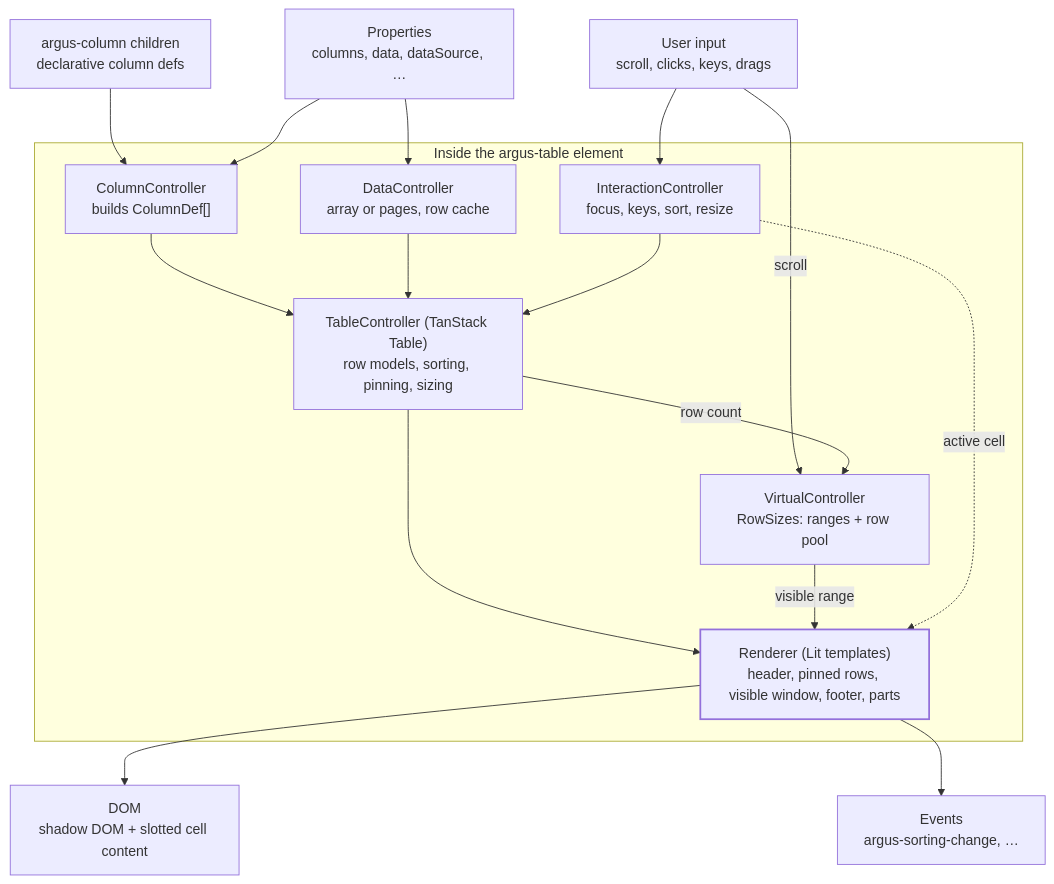
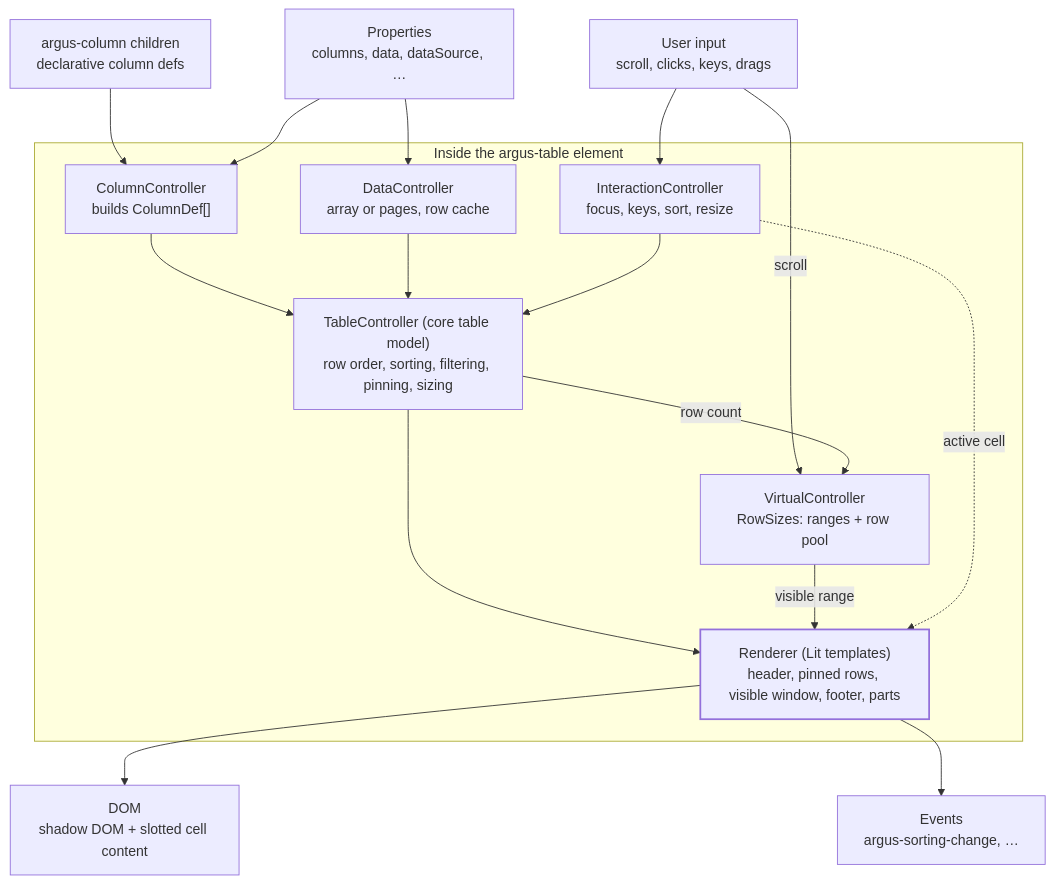
Before and after one commit to Joessst-Dev/argus-table: the diagram in docs/plan/code-architecture/01-module-map.md, drawn with Mermaid. The commit also changed other lines of this file and 34 other files, not shown here.

First line of the commit message:
perf: own row model, without TanStack Table (ADR 0010) (#179)

````diff
--- a/docs/plan/code-architecture/01-module-map.md
+++ b/docs/plan/code-architecture/01-module-map.md
@@ -11,36 +11,36 @@
 ```mermaid
 flowchart TD
     children["argus-column children<br/>declarative column defs"]
     props["Properties<br/>columns, data, dataSource, …"]
     user["User input<br/>scroll, clicks, keys, drags"]
 
     subgraph element["Inside the argus-table element"]
         col["ColumnController<br/>builds ColumnDef[]"]
         data["DataController<br/>array or pages, row cache"]
         inter["InteractionController<br/>focus, keys, sort, resize"]
-        table["TableController (TanStack Table)<br/>row models, sorting, pinning, sizing"]
+        table["TableController (core table model)<br/>row order, sorting, filtering, pinning, sizing"]
         virt["VirtualController<br/>RowSizes: ranges + row pool"]
         render["Renderer (Lit templates)<br/>header, pinned rows, visible window, footer, parts"]
     end
 
     dom["DOM<br/>shadow DOM + slotted cell content"]
     events["Events<br/>argus-sorting-change, …"]
 
     children --> col
     props --> col
     props --> data
     user --> inter
     user -- scroll --> virt
     col --> table
     data --> table
     inter --> table
     table -- row count --> virt
     table --> render
     virt -- visible range --> render
     inter -. active cell .-> render
     render --> dom
     render --> events
 
     classDef main stroke-width:2px
     class render main
 ```
````
